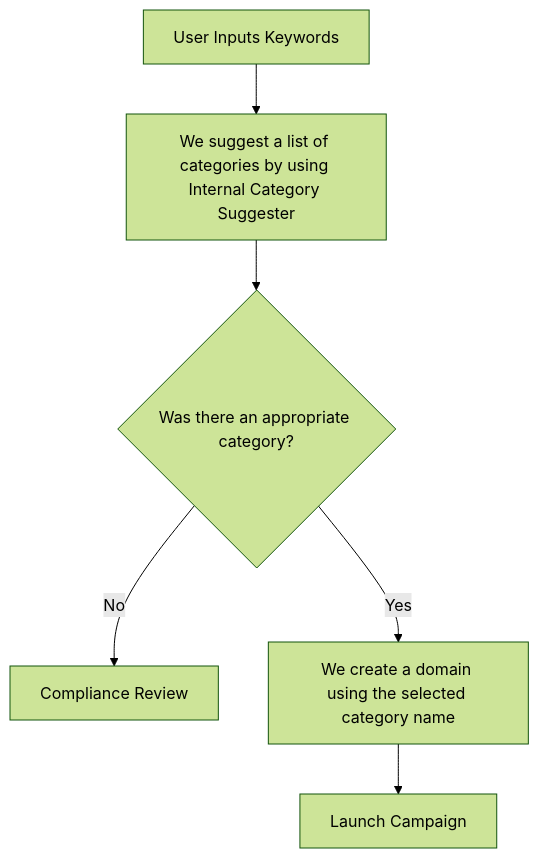
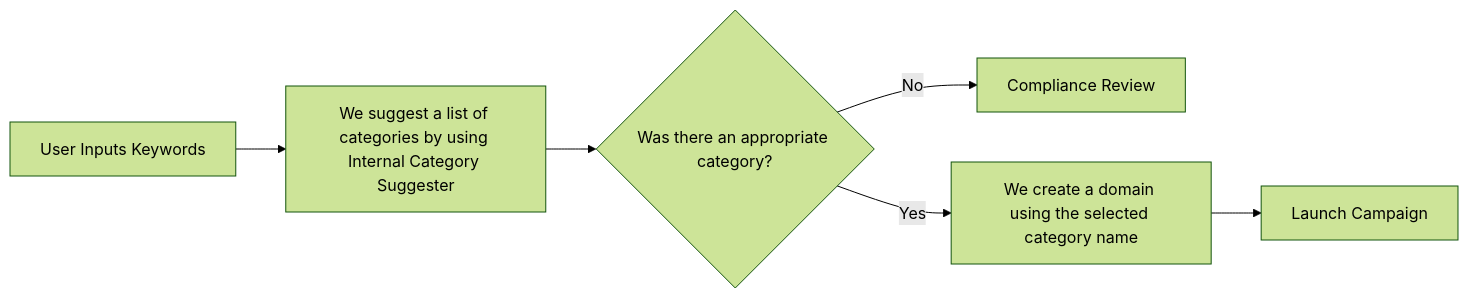
Before and after one commit to vadim-isakov/cw-revamp-roadmap: the diagram in README.md, drawn with Mermaid (forest theme).

````diff
--- a/README.md
+++ b/README.md
@@ -3,8 +3,8 @@
 ```mermaid
-graph TD;
+graph LR;
     A[User Inputs Keywords] --> B[We suggest a list of categories by using Internal Category Suggester];
     B --> C{Was there an appropriate category?};
     C -- No --> D[Compliance Review];
     C -- Yes --> E[We create a domain using the selected category name];
     E --> F[Launch Campaign];
 ```
````
